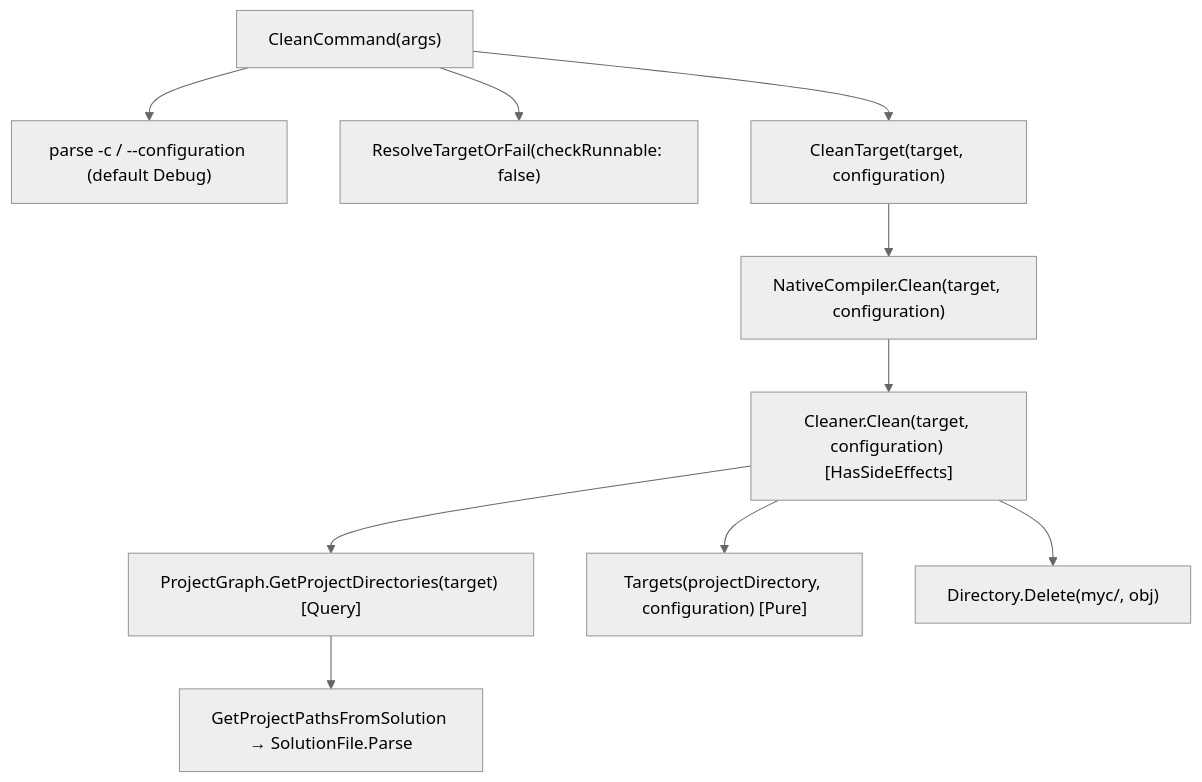
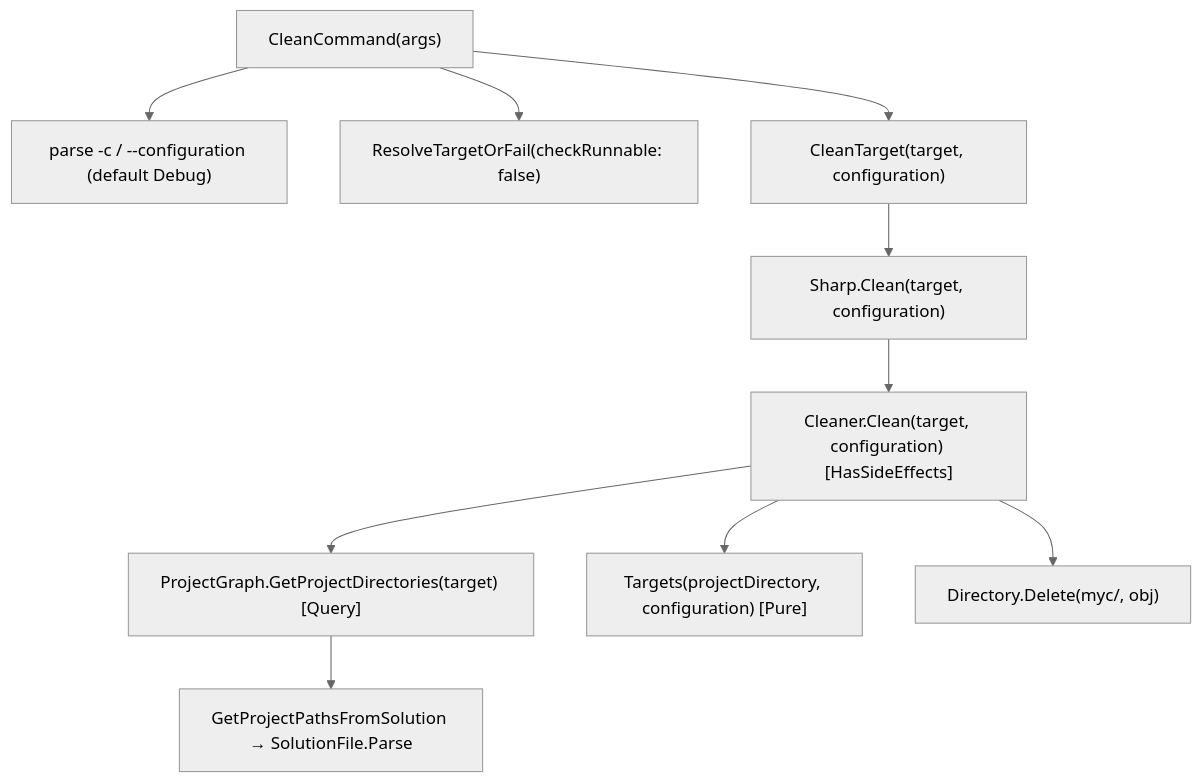
Before and after one commit to martasp/sharp: the fifth of 6 diagrams in docs/compiler-architecture-1.2.md, drawn with Mermaid (neutral theme). The commit also changed other lines of this file and 194 other files, not shown here.

First line of the commit message:
Rename NativeCompiler to sharp (#7)

````diff
--- a/docs/compiler-architecture-1.2.md
+++ b/docs/compiler-architecture-1.2.md
@@ -295,12 +295,12 @@
 ```mermaid
 flowchart TB
     A["CleanCommand(args)"] --> B["parse -c / --configuration (default Debug)"]
     A --> C["ResolveTargetOrFail(checkRunnable: false)"]
     A --> D["CleanTarget(target, configuration)"]
-    D --> E["NativeCompiler.Clean(target, configuration)"]
+    D --> E["Sharp.Clean(target, configuration)"]
     E --> F["Cleaner.Clean(target, configuration) [HasSideEffects]"]
     F --> F1["ProjectGraph.GetProjectDirectories(target) [Query]"]
     F1 --> F1a["GetProjectPathsFromSolution → SolutionFile.Parse"]
     F --> F2["Targets(projectDirectory, configuration) [Pure]"]
     F --> F3["Directory.Delete(myc/<config>, obj)"]
 ```
````
